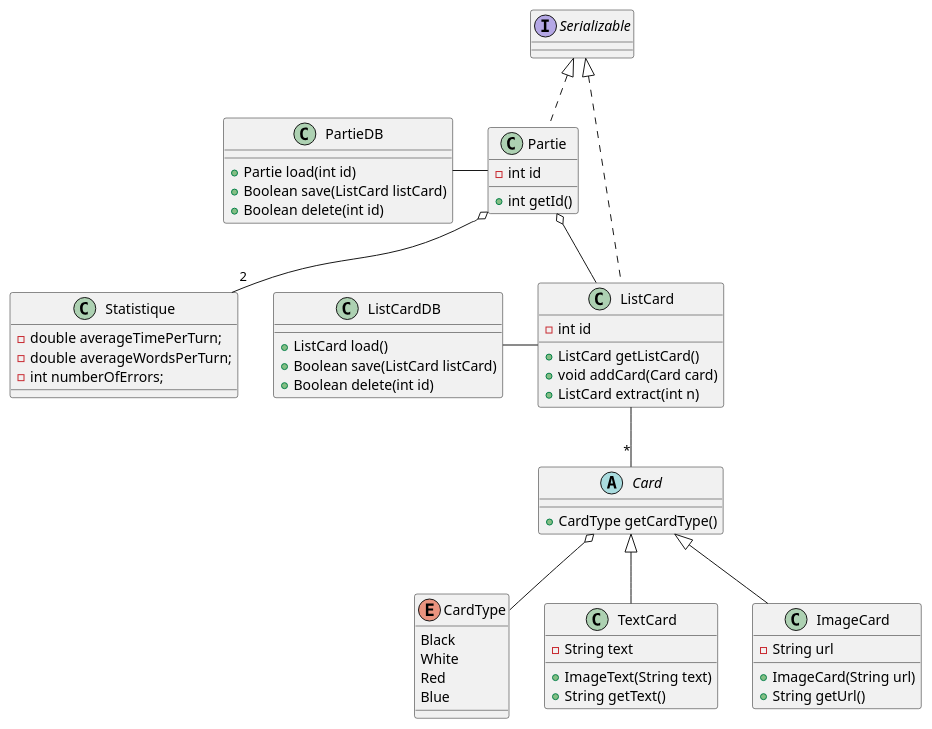
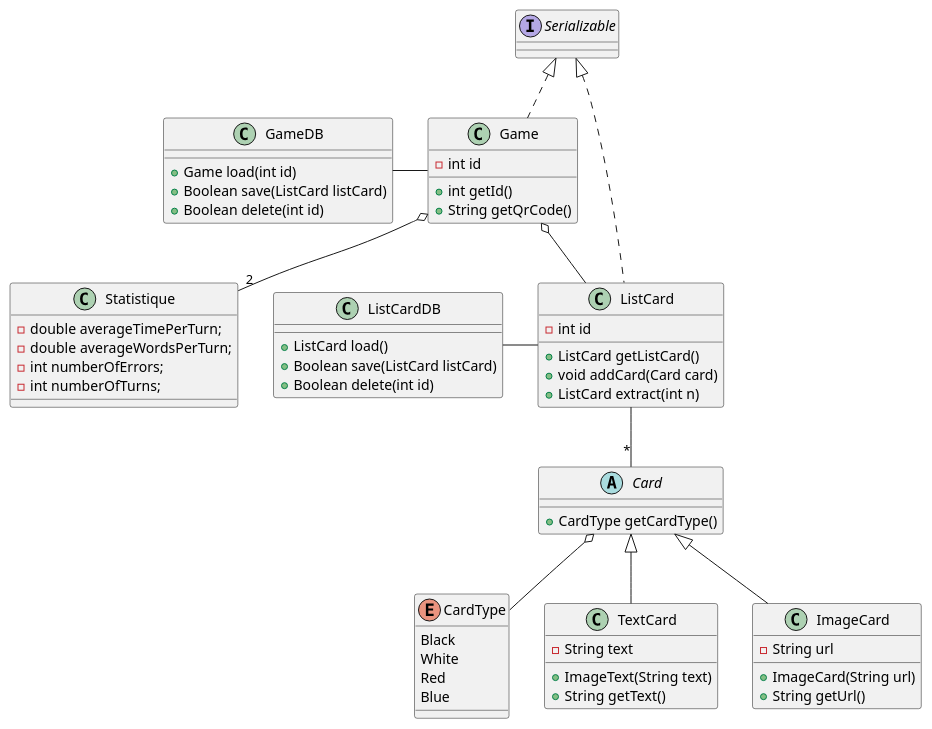
One commit to nathanl0204/coding-week changed the diagram in classes.plantuml. Above: the diagram before and after it, drawn with PlantUML. The commit also changed 7 other files, not shown here.

Commit message:
code dans GameController

```diff
--- a/classes.plantuml
+++ b/classes.plantuml
@@ -1,74 +1,75 @@
 @startuml classes
 
-class Partie implements Serializable {  
+class Game implements Serializable {  
     - int id
 
     + int getId()
+    + String getQrCode()
 }
 
-class PartieDB {
-    + Partie load(int id)
+class GameDB {
+    + Game load(int id)
     + Boolean save(ListCard listCard)
     + Boolean delete(int id)
 }
 
-PartieDB - Partie
+GameDB - Game
 
 abstract class Card {
-
     + CardType getCardType()
 }
 
 Card o-- CardType
 
 enum CardType { 
     Black 
     White 
     Red 
     Blue
 }
 
 class ListCard implements Serializable {
     - int id
 
     + ListCard getListCard()
     + void addCard(Card card)
     + ListCard extract(int n)
 }
 
 ListCard -- "*" Card
-Partie o-- ListCard
+Game o-- ListCard
 
 class TextCard extends Card {
     - String text
 
     + ImageText(String text)
     + String getText()
 }
 
 class ImageCard extends Card {
     - String url
 
     + ImageCard(String url)
     + String getUrl()
 }
 
 class ListCardDB {
 
     + ListCard load()
     + Boolean save(ListCard listCard)
     + Boolean delete(int id)
 }
 
 ListCardDB - ListCard
 
 class Statistique {
     - double averageTimePerTurn;
     - double averageWordsPerTurn;
     - int numberOfErrors;
+    - int numberOfTurns;
 
 }
 
-Partie o-- "2" Statistique
+Game o-- "2" Statistique
 
 @enduml
```
